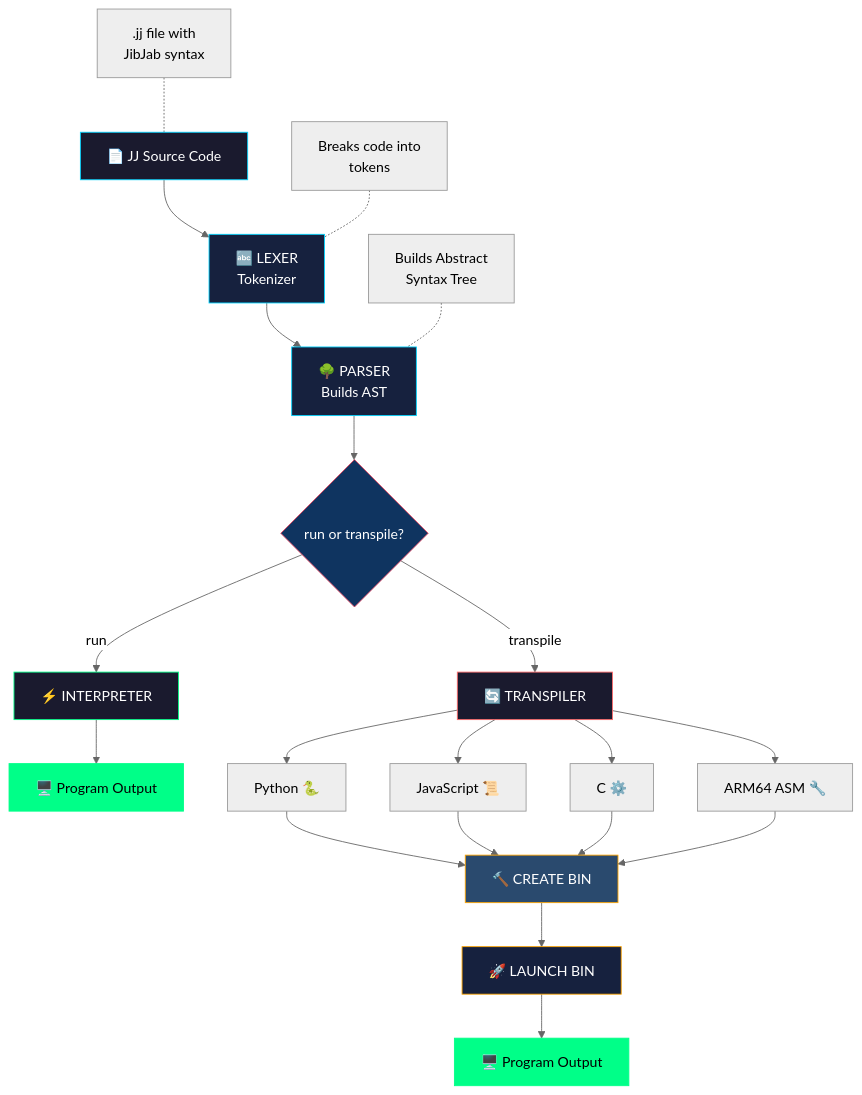
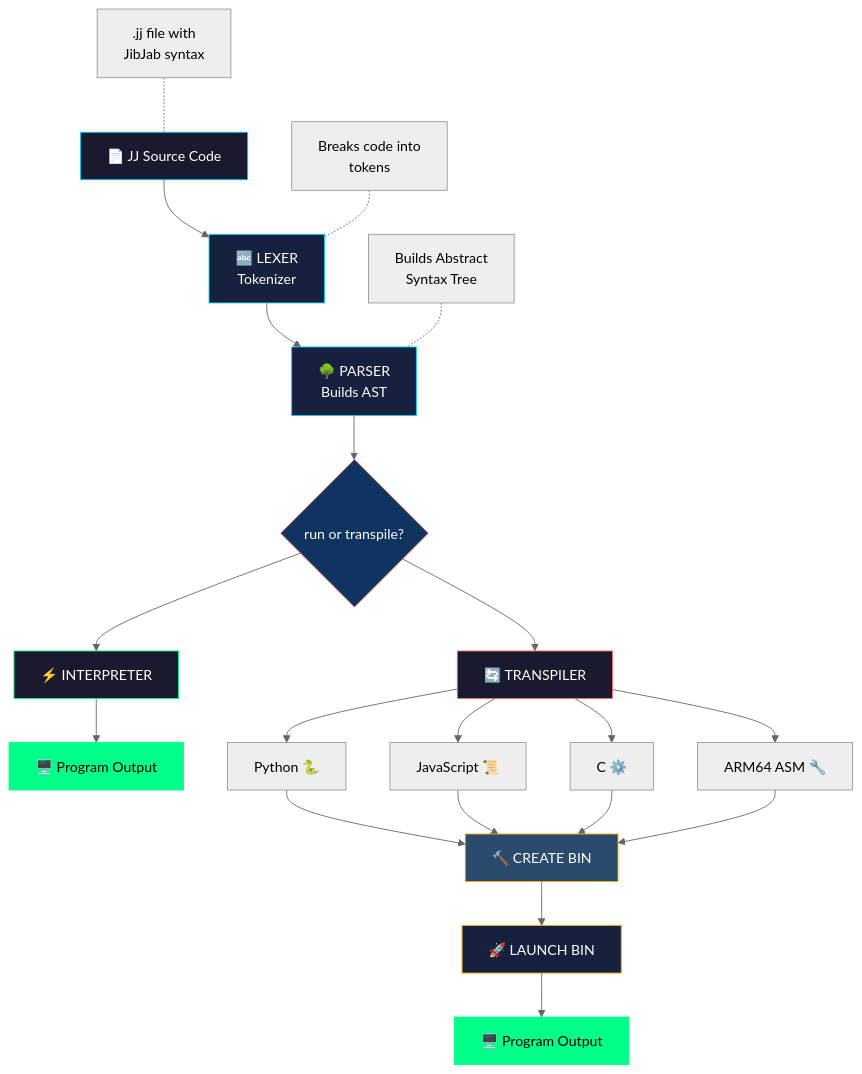
The diagram in README.md (SuperBox64/JibberJabber), drawn with Mermaid (neutral theme) before and after one commit. The commit also changed other lines of this file, not shown here.

````diff
--- a/README.md
+++ b/README.md
@@ -350,38 +366,38 @@
 ```mermaid
 flowchart TD
     A[📄 JJ Source Code] --> B[🔤 LEXER<br>Tokenizer]
     B --> C[🌳 PARSER<br>Builds AST]
     C --> D{run or transpile?}
 
     A1[".jj file with<br>JibJab syntax"] -.- A
     B1["Breaks code into<br>tokens"] -.- B
     C1["Builds Abstract<br>Syntax Tree"] -.- C
 
-    D -->|run| E[⚡ INTERPRETER]
+    D --> E[⚡ INTERPRETER]
     E --> F[🖥️ Program Output]
 
-    D -->|transpile| G[🔄 TRANSPILER]
+    D --> G[🔄 TRANSPILER]
     G --> H[Python 🐍]
     G --> I[JavaScript 📜]
     G --> J[C ⚙️]
     G --> K[ARM64 ASM 🔧]
 
     H --> M[🔨 CREATE BIN]
     I --> M
     J --> M
     K --> M
     M --> N[🚀 LAUNCH BIN]
     N --> O[🖥️ Program Output]
 
     style M fill:#2a4a6e,stroke:#ffa500,color:#fff
     style N fill:#16213e,stroke:#ffa500,color:#fff
     style O fill:#00ff88,stroke:#00ff88,color:#000
 
     style A fill:#1a1a2e,stroke:#00d4ff,color:#fff
     style B fill:#16213e,stroke:#00d4ff,color:#fff
     style C fill:#16213e,stroke:#00d4ff,color:#fff
     style D fill:#0f3460,stroke:#e94560,color:#fff
     style E fill:#1a1a2e,stroke:#00ff88,color:#fff
     style F fill:#00ff88,stroke:#00ff88,color:#000
     style G fill:#1a1a2e,stroke:#ff6b6b,color:#fff
 ```
````
